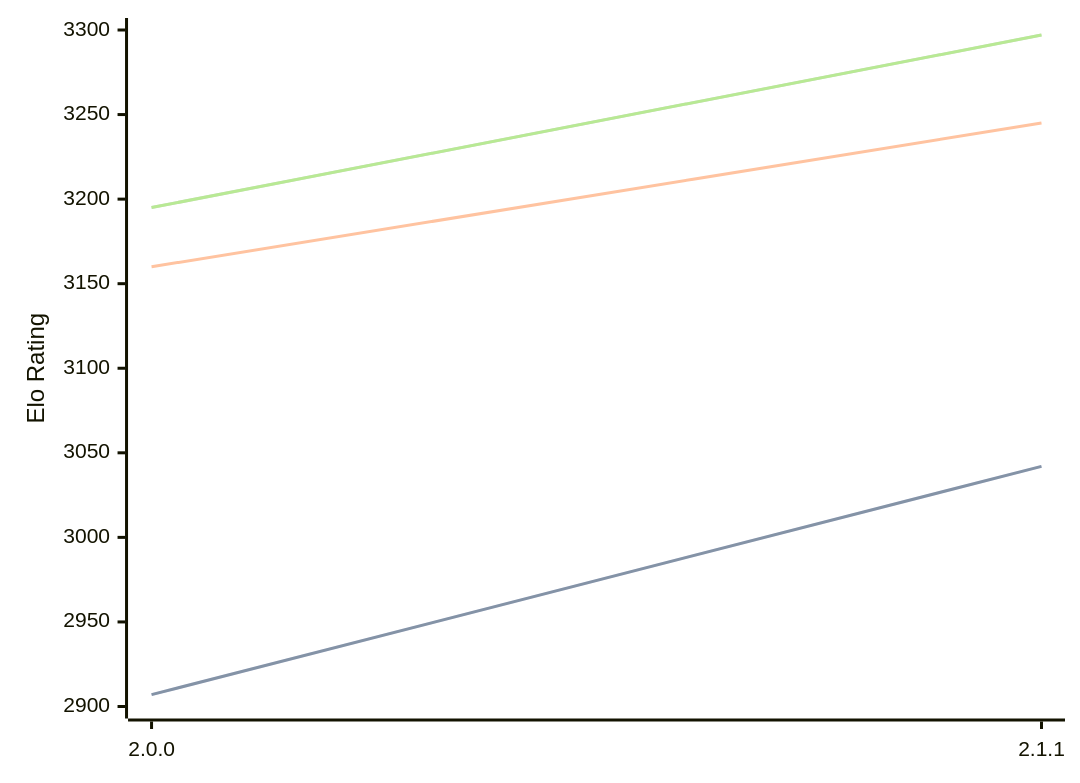
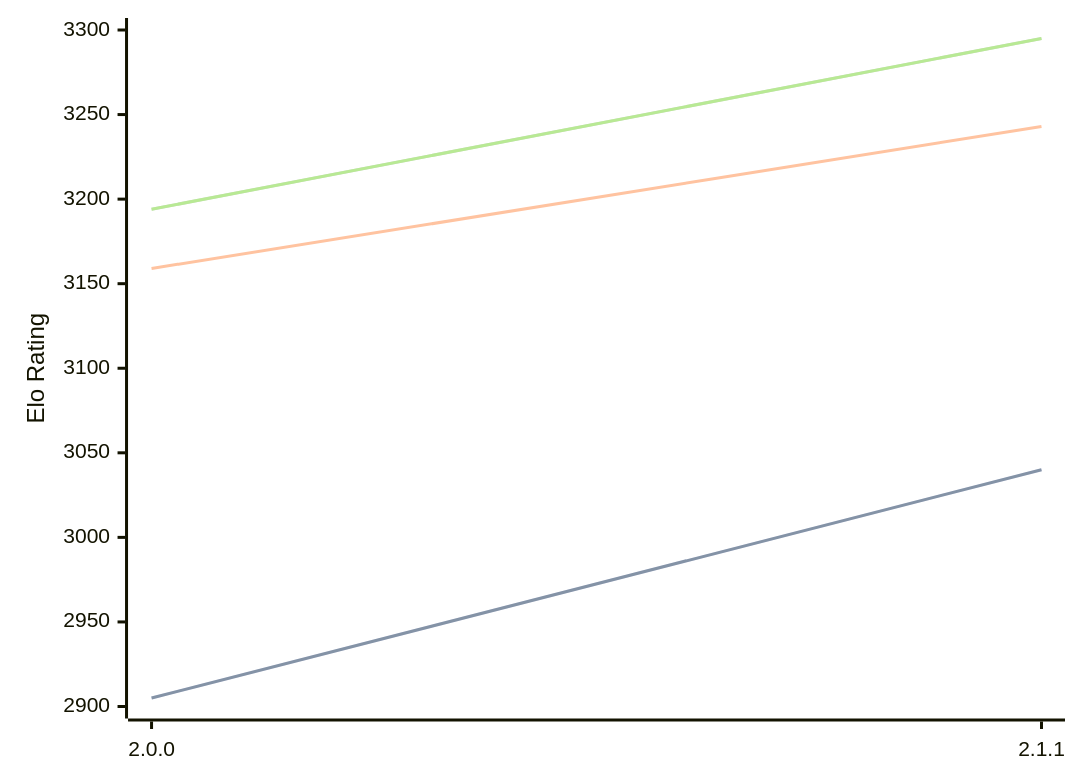
Before and after one commit to computer-chess-index/cci: the diagram in engines/Bread.md, drawn with Mermaid. The commit also changed other lines of this file, not shown here.

Commit message:
Update CCI Ratings (ELO VLTC) - 2026-03-08

````diff
--- a/engines/Bread.md
+++ b/engines/Bread.md
@@ -48,11 +48,11 @@
 ```mermaid
 %%{init: {"theme":"base","themeVariables":{"seriesColors:['#a3a3a3','#222221','#faa371']}}}%%
 xychart-beta
   x-axis ["2.0.0", "2.1.1"]
   y-axis "Elo Rating" 2900 --> 3300
-  line "STC (8.0+0.08s)" [2907, 3042]
-  line "STC (8.0+0.08s)" [2907, 3042]
-  line "LTC (60.0+0.60s)" [3160, 3245]
-  line "VLTC (2m24s+1.12s)" [3195, 3297]
-  line "VLTC (2m24s+1.12s)" [3195, 3297]
+  line "STC (8.0+0.08s)" [2905, 3040]
+  line "STC (8.0+0.08s)" [2905, 3040]
+  line "LTC (60.0+0.60s)" [3159, 3243]
+  line "VLTC (2m24s+1.12s)" [3194, 3295]
+  line "VLTC (2m24s+1.12s)" [3194, 3295]
 ```
````
